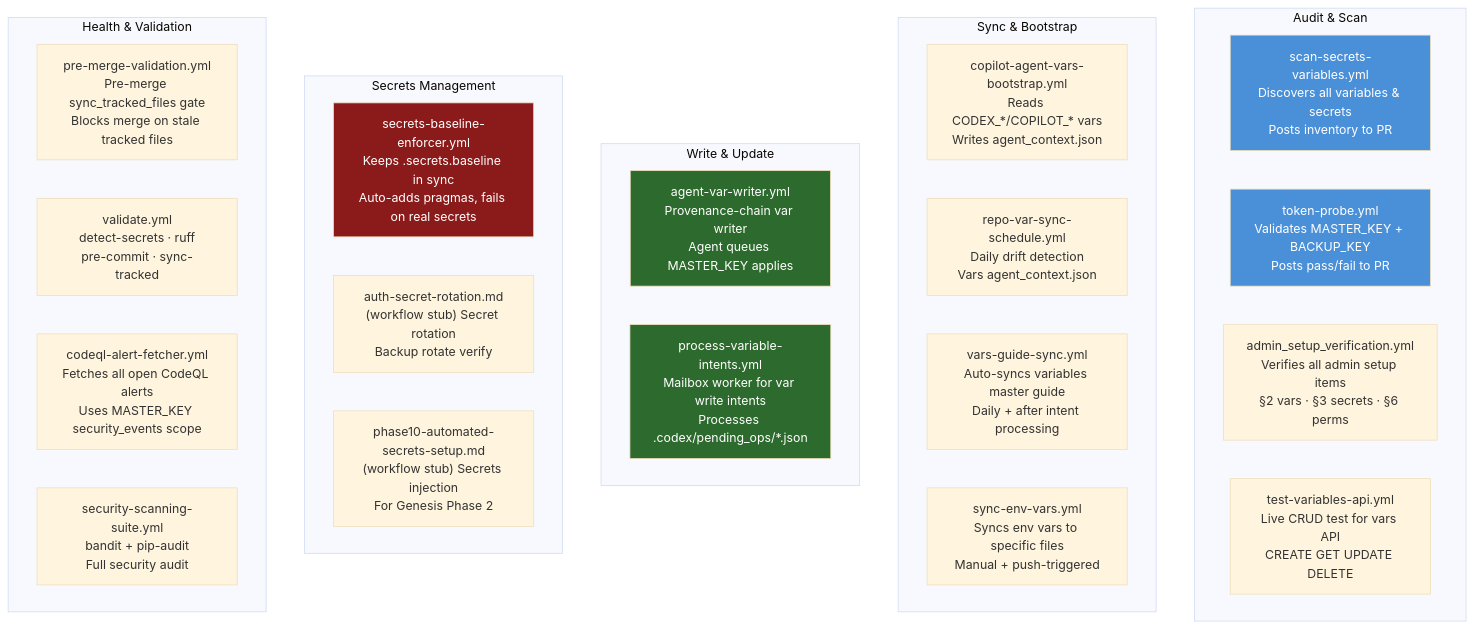
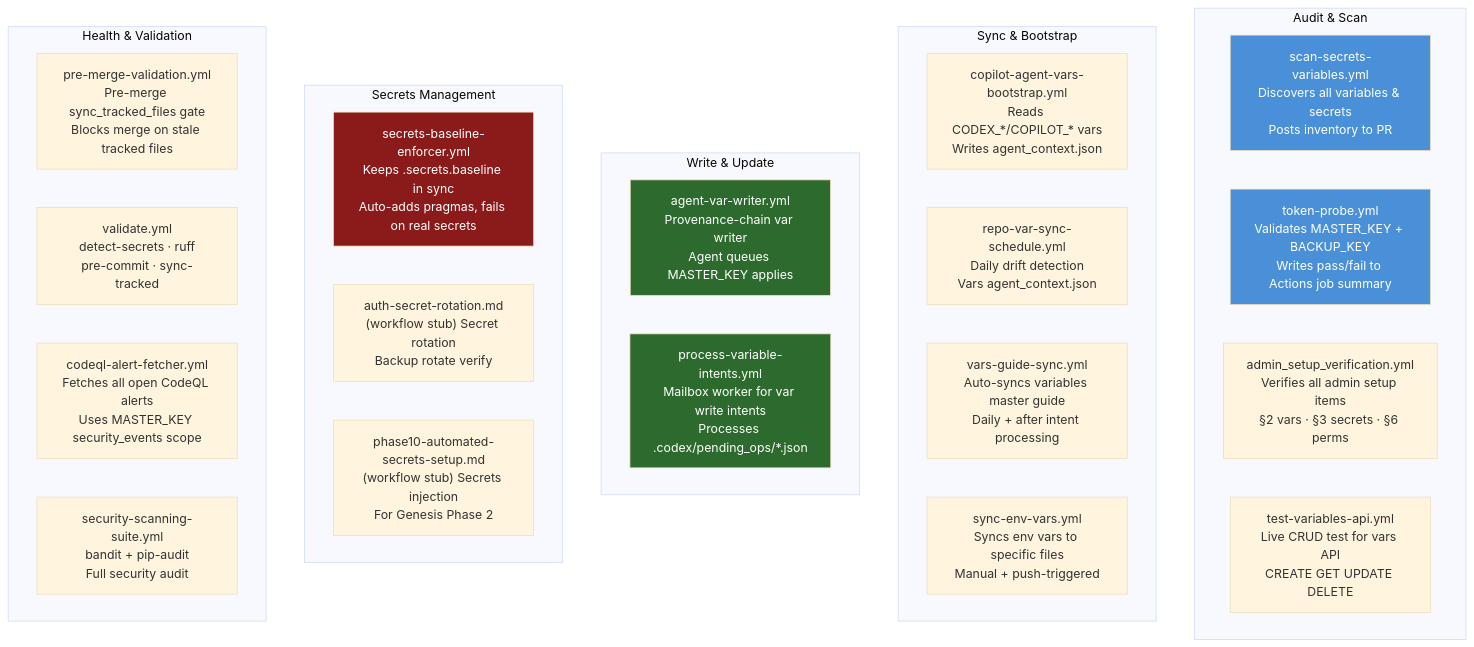
Diagram 16 of 19 in docs/reference/ELEVATED_PRIVILEGES_TOKEN_REVIEW.md (Aries-Serpent/_codex_), drawn with Mermaid (base theme) before and after one commit. The commit also changed other lines of this file and 18 other files, not shown here.

````diff
--- a/docs/reference/ELEVATED_PRIVILEGES_TOKEN_REVIEW.md
+++ b/docs/reference/ELEVATED_PRIVILEGES_TOKEN_REVIEW.md
@@ -1838,42 +1838,42 @@
 ```mermaid
-%%{init: {'accessibility': {'title': 'Diagram showing "scan-secrets-variables.yml\nDiscovers all variables & secrets\nPosts inventory to PR", "token-probe.yml\nValidates MASTER_KEY + BACKUP_KEY\nPosts pass/fail to PR"'}}%%
+%%{init: {'accessibility': {'title': 'Diagram showing "scan-secrets-variables.yml\nDiscovers all variables & secrets\nPosts inventory to PR", "token-probe.yml\nValidates MASTER_KEY + BACKUP_KEY\nWrites pass/fail to Actions job summary"'}}%%
 
 graph TB
  subgraph " Audit & Scan"
  W1["scan-secrets-variables.yml\nDiscovers all variables & secrets\nPosts inventory to PR"]
- W2["token-probe.yml\nValidates MASTER_KEY + BACKUP_KEY\nPosts pass/fail to PR"]
+ W2["token-probe.yml\nValidates MASTER_KEY + BACKUP_KEY\nWrites pass/fail to Actions job summary"]
  W3["admin_setup_verification.yml\nVerifies all admin setup items\n§2 vars · §3 secrets · §6 perms"]
  W4["test-variables-api.yml\nLive CRUD test for vars API\nCREATE GET UPDATE DELETE"]
  end
 
  subgraph " Sync & Bootstrap"
  W5["copilot-agent-vars-bootstrap.yml\nReads CODEX_*/COPILOT_* vars\nWrites agent_context.json"]
  W6["repo-var-sync-schedule.yml\nDaily drift detection\nVars agent_context.json"]
  W7["vars-guide-sync.yml\nAuto-syncs variables master guide\nDaily + after intent processing"]
  W8["sync-env-vars.yml\nSyncs env vars to specific files\nManual + push-triggered"]
  end
 
  subgraph " Write & Update"
  W9["agent-var-writer.yml\nProvenance-chain var writer\nAgent queues MASTER_KEY applies"]
  W10["process-variable-intents.yml\nMailbox worker for var write intents\nProcesses .codex/pending_ops/*.json"]
  end
 
  subgraph " Secrets Management"
  W11["secrets-baseline-enforcer.yml\nKeeps .secrets.baseline in sync\nAuto-adds pragmas, fails on real secrets"]
  W12["auth-secret-rotation.md\n(workflow stub) Secret rotation\nBackup rotate verify"]
  W13["phase10-automated-secrets-setup.md\n(workflow stub) Secrets injection\nFor Genesis Phase 2"]
  end
 
  subgraph " Health & Validation"
  W14["pre-merge-validation.yml\nPre-merge sync_tracked_files gate\nBlocks merge on stale tracked files"]
  W15["validate.yml\ndetect-secrets · ruff\npre-commit · sync-tracked"]
  W16["codeql-alert-fetcher.yml\nFetches all open CodeQL alerts\nUses MASTER_KEY security_events scope"]
  W17["security-scanning-suite.yml\nbandit + pip-audit\nFull security audit"]
  end
 
  style W1 fill:#4a90d9,color:#fff
  style W2 fill:#4a90d9,color:#fff
  style W9 fill:#2d6a2d,color:#fff
  style W10 fill:#2d6a2d,color:#fff
  style W11 fill:#8b1a1a,color:#fff
 ```
````
